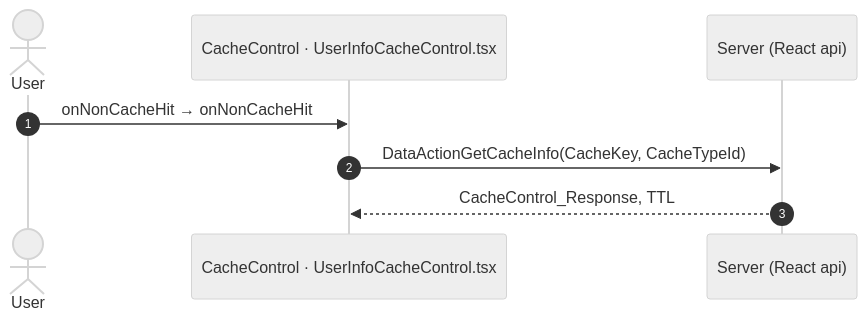
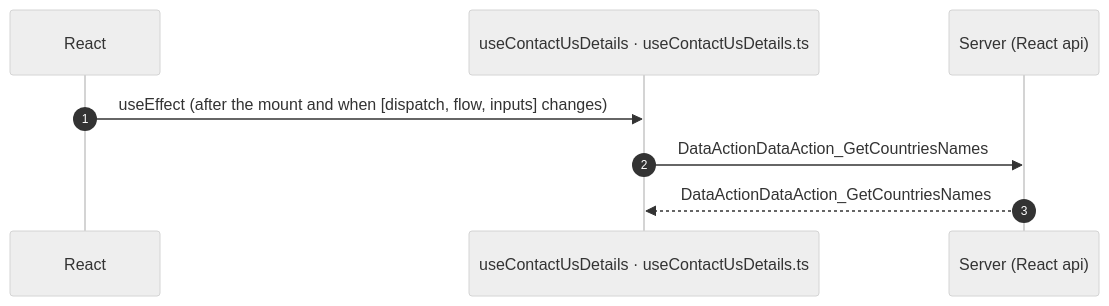
One commit to Phoenix-DX/connect-new-ui changed the fifth of 5 diagrams in route-actions/routes/ContactUsDetails.md. Above: the diagram before and after it, drawn with Mermaid (neutral theme). The commit also changed other lines of this file and 52 other files, not shown here.

````diff
--- a/route-actions/routes/ContactUsDetails.md
+++ b/route-actions/routes/ContactUsDetails.md
@@ -241,10 +230,10 @@
 ```mermaid
 sequenceDiagram
   autonumber
-  actor U as User
-  participant H as CacheControl · UserInfoCacheControl.tsx
+  participant R as React
+  participant H as useContactUsDetails · useContactUsDetails.ts
   participant A as Server (React api)
-  U->>H: onNonCacheHit → onNonCacheHit
-  H->>A: DataActionGetCacheInfo(CacheKey, CacheTypeId)
-  A-->>H: CacheControl_Response, TTL
+  R->>H: useEffect (after the mount and when [dispatch, flow, inputs] changes)
+  H->>A: DataActionDataAction_GetCountriesNames
+  A-->>H: DataActionDataAction_GetCountriesNames
 ```
````
